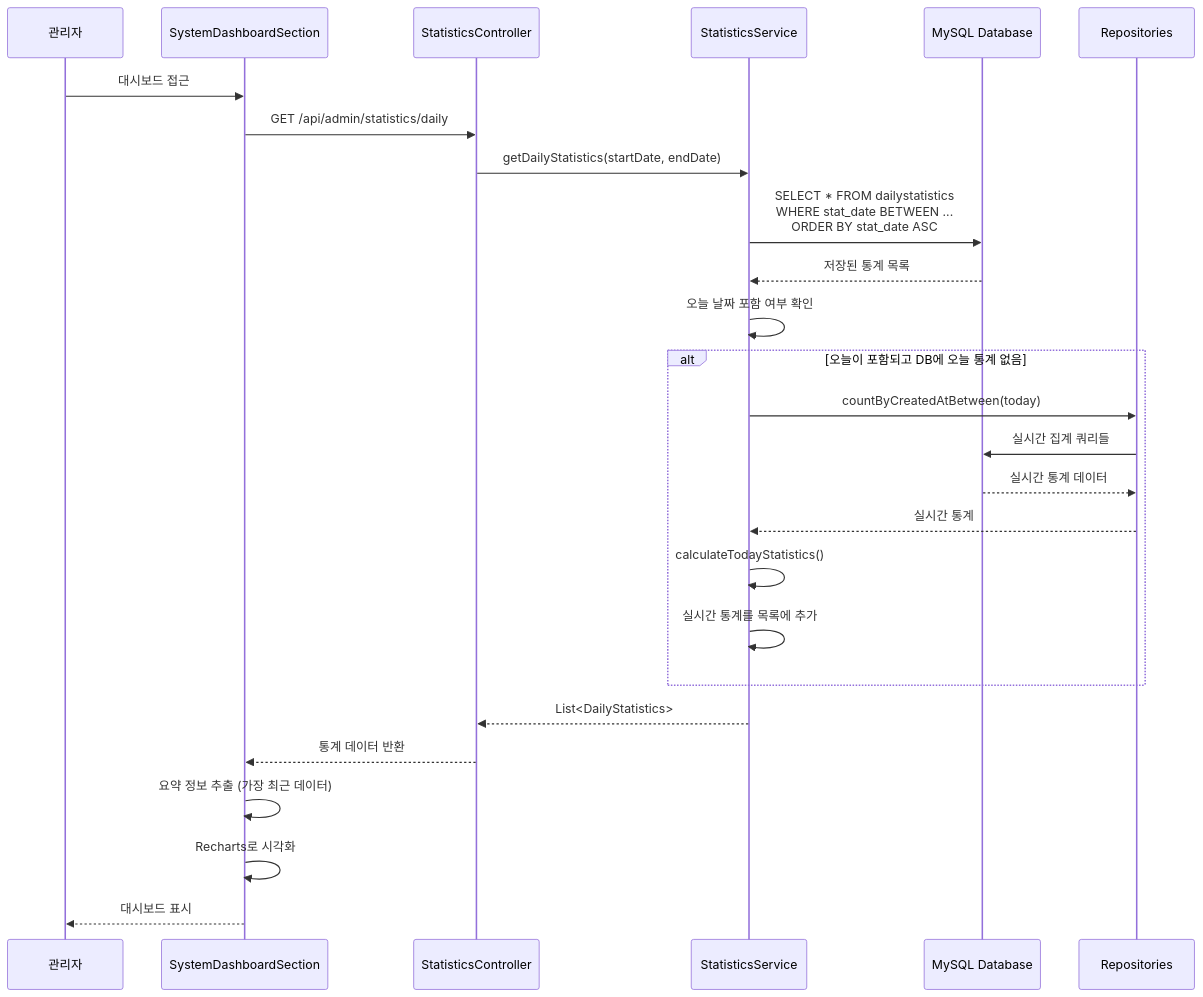
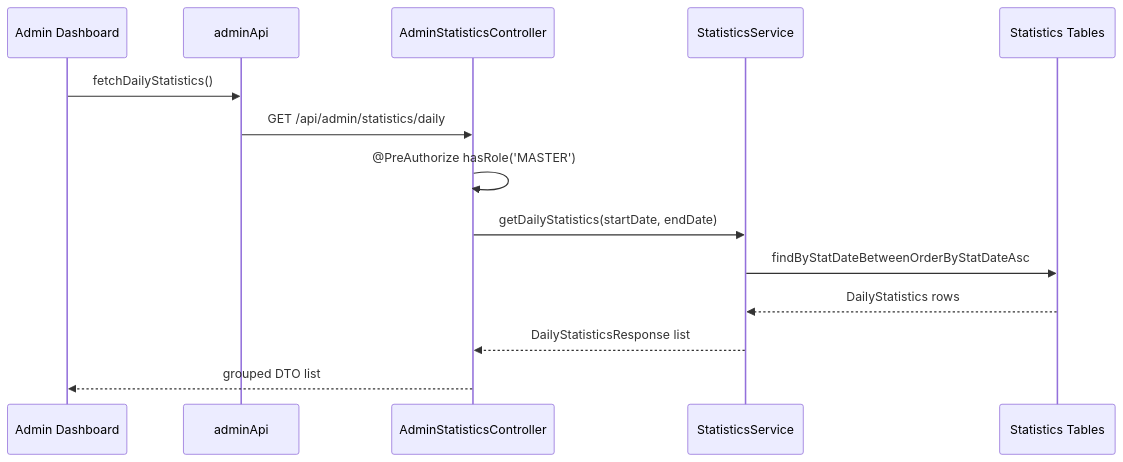
The second of 7 diagrams in docs/architecture/관리자 대시보드 & 통계 시스템 아키텍처.md (makkong1/makkong1-github.io), drawn with Mermaid before and after one commit. The commit also changed other lines of this file and 55 other files, not shown here.

````diff
--- a/docs/architecture/관리자 대시보드 & 통계 시스템 아키텍처.md
+++ b/docs/architecture/관리자 대시보드 & 통계 시스템 아키텍처.md
@@ -399,34 +51,17 @@
 ```mermaid
 sequenceDiagram
-    participant Admin as 관리자
-    participant Frontend as SystemDashboardSection
-    participant API as StatisticsController
-    participant Service as StatisticsService
-    participant MySQL as MySQL Database
-    participant Repos as Repositories
-    
-    Admin->>Frontend: 대시보드 접근
-    Frontend->>API: GET /api/admin/statistics/daily
-    API->>Service: getDailyStatistics(startDate, endDate)
-    
-    Service->>MySQL: SELECT * FROM dailystatistics<br/>WHERE stat_date BETWEEN ...<br/>ORDER BY stat_date ASC
-    MySQL-->>Service: 저장된 통계 목록
-    
-    Service->>Service: 오늘 날짜 포함 여부 확인
-    
-    alt 오늘이 포함되고 DB에 오늘 통계 없음
-        Service->>Repos: countByCreatedAtBetween(today)
-        Repos->>MySQL: 실시간 집계 쿼리들
-        MySQL-->>Repos: 실시간 통계 데이터
-        Repos-->>Service: 실시간 통계
-        Service->>Service: calculateTodayStatistics()
-        Service->>Service: 실시간 통계를 목록에 추가
-    end
-    
-    Service-->>API: List<DailyStatistics>
-    API-->>Frontend: 통계 데이터 반환
-    
-    Frontend->>Frontend: 요약 정보 추출 (가장 최근 데이터)
-    Frontend->>Frontend: Recharts로 시각화
-    Frontend-->>Admin: 대시보드 표시
+  participant UI as Admin Dashboard
+  participant API as adminApi
+  participant C as AdminStatisticsController
+  participant S as StatisticsService
+  participant DB as Statistics Tables
+
+  UI->>API: fetchDailyStatistics()
+  API->>C: GET /api/admin/statistics/daily
+  C->>C: @PreAuthorize hasRole('MASTER')
+  C->>S: getDailyStatistics(startDate, endDate)
+  S->>DB: findByStatDateBetweenOrderByStatDateAsc
+  DB-->>S: DailyStatistics rows
+  S-->>C: DailyStatisticsResponse list
+  C-->>UI: grouped DTO list
 ```
````
